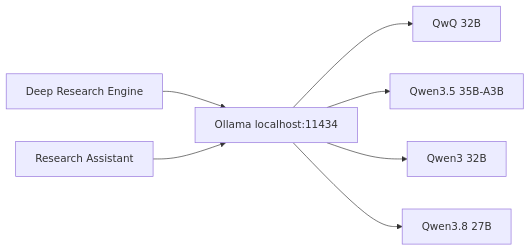
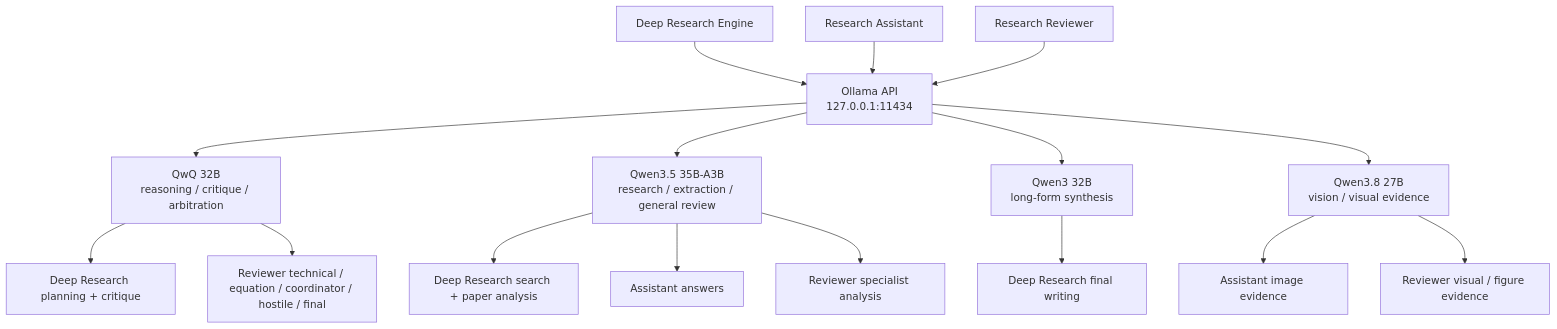
Before and after one commit to CRB20/deep_research_engine: the fifth of 18 diagrams in README.md, drawn with Mermaid. The commit also changed other lines of this file, not shown here.

````diff
--- a/README.md
+++ b/README.md
@@ -760,9 +827,20 @@
 ```mermaid
-flowchart LR
-    RESEARCH[Deep Research Engine] --> API[Ollama localhost:11434]
-    ASSISTANT[Research Assistant] --> API
-    API --> QWQ[QwQ 32B]
-    API --> Q35[Qwen3.5 35B-A3B]
-    API --> Q3[Qwen3 32B]
-    API --> Q38[Qwen3.8 27B]
+flowchart TB
+    DRE[Deep Research Engine] --> API[Ollama API<br/>127.0.0.1:11434]
+    RA[Research Assistant] --> API
+    RR[Research Reviewer] --> API
+
+    API --> QWQ[QwQ 32B<br/>reasoning / critique / arbitration]
+    API --> Q35[Qwen3.5 35B-A3B<br/>research / extraction / general review]
+    API --> Q3[Qwen3 32B<br/>long-form synthesis]
+    API --> Q38[Qwen3.8 27B<br/>vision / visual evidence]
+
+    QWQ --> D1[Deep Research planning + critique]
+    QWQ --> R1[Reviewer technical / equation / coordinator / hostile / final]
+    Q35 --> D2[Deep Research search + paper analysis]
+    Q35 --> A1[Assistant answers]
+    Q35 --> R2[Reviewer specialist analysis]
+    Q3 --> D3[Deep Research final writing]
+    Q38 --> A2[Assistant image evidence]
+    Q38 --> R3[Reviewer visual / figure evidence]
 ```
````
